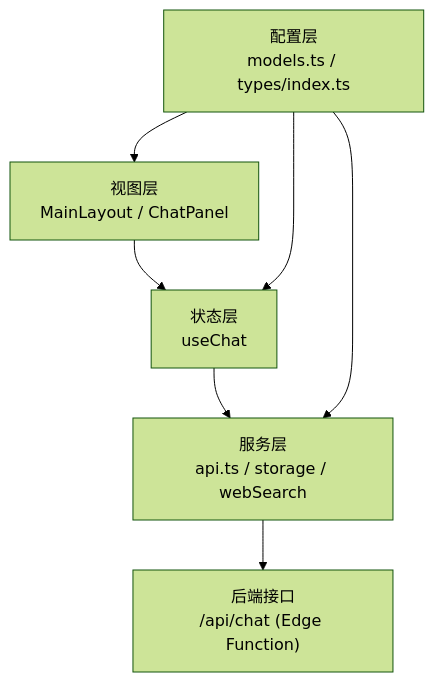
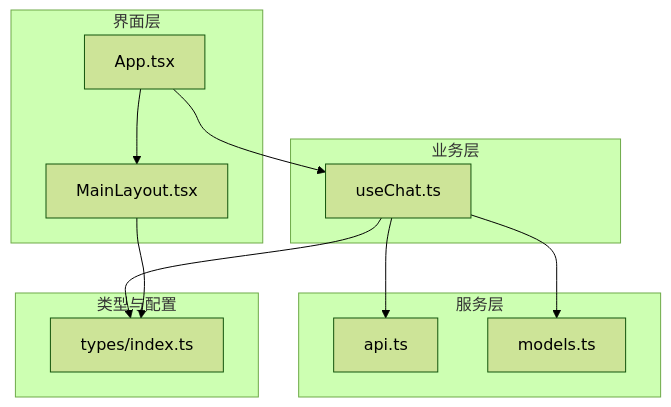
Before and after one commit to billye220670/AIShop: the second of 6 diagrams in .qoder/repowiki/zh/content/开发指南/开发指南.md, drawn with Mermaid (forest theme). The commit also changed other lines of this file and 135 other files, not shown here.

````diff
--- a/.qoder/repowiki/zh/content/开发指南/开发指南.md
+++ b/.qoder/repowiki/zh/content/开发指南/开发指南.md
@@ -138,9 +85,23 @@
 ```mermaid
 graph TB
-UI["视图层<br/>MainLayout / ChatPanel"] --> STATE["状态层<br/>useChat"]
-STATE --> SERVICE["服务层<br/>api.ts / storage / webSearch"]
-SERVICE --> BACKEND["后端接口<br/>/api/chat (Edge Function)"]
-CONFIG["配置层<br/>models.ts / types/index.ts"] --> UI
-CONFIG --> STATE
-CONFIG --> SERVICE
+subgraph "界面层"
+App["App.tsx"]
+Layout["MainLayout.tsx"]
+end
+subgraph "业务层"
+ChatHook["useChat.ts"]
+end
+subgraph "服务层"
+API["api.ts"]
+Models["models.ts"]
+end
+subgraph "类型与配置"
+Types["types/index.ts"]
+end
+App --> Layout
+App --> ChatHook
+ChatHook --> API
+ChatHook --> Models
+ChatHook --> Types
+Layout --> Types
 ```
````
